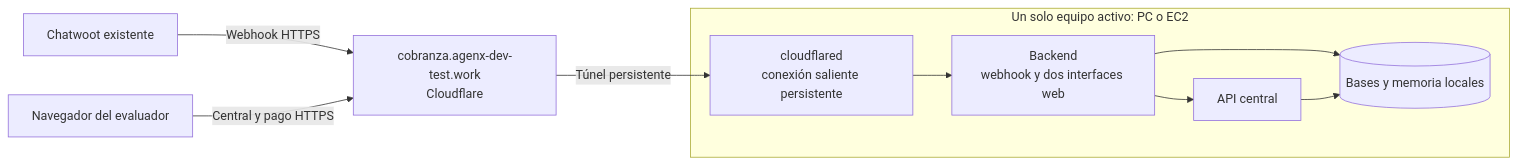
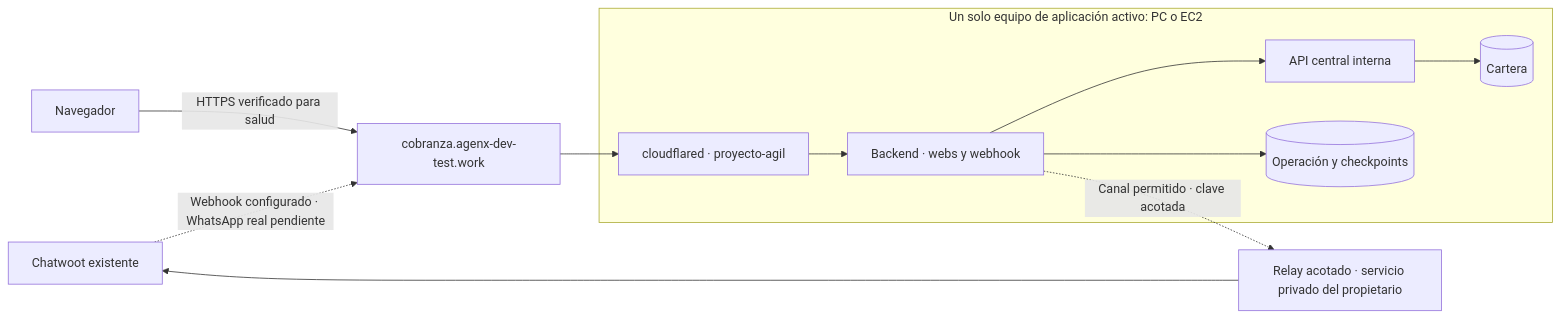
Before and after one commit to cristiandrangel/proyecto-agil: the diagram in docs/dominio-demo.md, drawn with Mermaid. The commit also changed other lines of this file and 119 other files, not shown here.

````diff
--- a/docs/dominio-demo.md
+++ b/docs/dominio-demo.md
@@ -9,16 +27,14 @@
 ```mermaid
 flowchart LR
-    CHAT["Chatwoot existente"] -->|"Webhook HTTPS"| DNS["cobranza.agenx-dev-test.work\nCloudflare"]
-    USER["Navegador del evaluador"] -->|"Central y pago HTTPS"| DNS
-    subgraph HOST["Un solo equipo activo: PC o EC2"]
-        CONNECTOR["cloudflared\nconexión saliente persistente"]
-        BACKEND["Backend\nwebhook y dos interfaces web"]
-        CENTRAL["API central"]
-        DATA[("Bases y memoria locales")]
-        CONNECTOR --> BACKEND
-        BACKEND --> CENTRAL
-        BACKEND --> DATA
-        CENTRAL --> DATA
+    CHAT["Chatwoot existente"] -. "Webhook configurado · WhatsApp real pendiente" .-> DNS["cobranza.agenx-dev-test.work"]
+    USER["Navegador"] -->|"HTTPS verificado para salud"| DNS
+    subgraph HOST["Un solo equipo de aplicación activo: PC o EC2"]
+        CONNECTOR["cloudflared · proyecto-agil"] --> BACKEND["Backend · webs y webhook"]
+        BACKEND --> CENTRAL["API central interna"]
+        BACKEND --> MEMORY[("Operación y checkpoints")]
+        CENTRAL --> PORTFOLIO[("Cartera")]
     end
-    DNS -->|"Túnel persistente"| CONNECTOR
+    DNS --> CONNECTOR
+    BACKEND -. "Canal permitido · clave acotada" .-> RELAY["Relay acotado · servicio privado del propietario"]
+    RELAY --> CHAT
 ```
````
